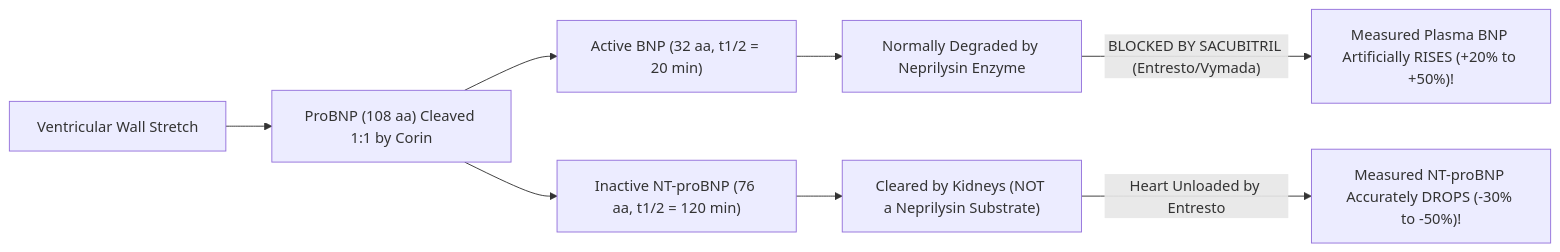
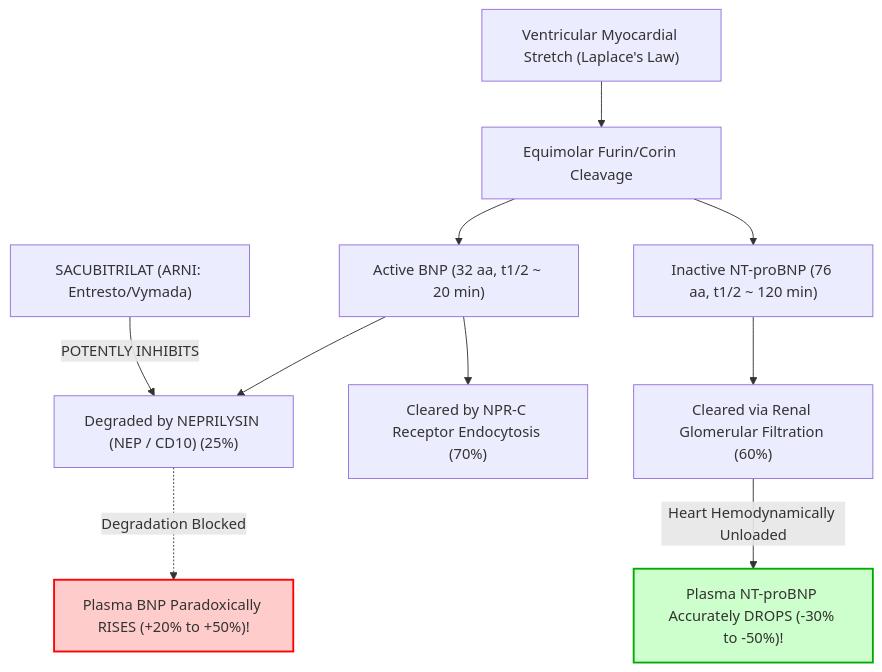
The diagram in 03_Immunoassay_Endocrinology_and_Nutrients/3.7_Acute_Cardiac_and_Sepsis_Biomarkers_CLIA_Cluster/3.7.5_B_Type_Natriuretic_Peptide_BNP_CLIA_and_ARNI_Entresto_Interpretation.md (sawariyadiagnostic/references-and-interpretations), drawn with Mermaid before and after one commit. The commit also changed other lines of this file and 4 other files, not shown here.

````diff
--- a/03_Immunoassay_Endocrinology_and_Nutrients/3.7_Acute_Cardiac_and_Sepsis_Biomarkers_CLIA_Cluster/3.7.5_B_Type_Natriuretic_Peptide_BNP_CLIA_and_ARNI_Entresto_Interpretation.md
+++ b/03_Immunoassay_Endocrinology_and_Nutrients/3.7_Acute_Cardiac_and_Sepsis_Biomarkers_CLIA_Cluster/3.7.5_B_Type_Natriuretic_Peptide_BNP_CLIA_and_ARNI_Entresto_Interpretation.md
@@ -120,10 +291,18 @@
 ```mermaid
-flowchart LR
-    A["Ventricular Wall Stretch"] --> B["ProBNP (108 aa) Cleaved 1:1 by Corin"]
-    B --> C["Active BNP (32 aa, t1/2 = 20 min)"]
-    B --> D["Inactive NT-proBNP (76 aa, t1/2 = 120 min)"]
-    C --> E["Normally Degraded by Neprilysin Enzyme"]
-    E -- "BLOCKED BY SACUBITRIL (Entresto/Vymada)" --> F["Measured Plasma BNP Artificially RISES (+20% to +50%)!"]
-    D --> G["Cleared by Kidneys (NOT a Neprilysin Substrate)"]
-    G -- "Heart Unloaded by Entresto" --> H["Measured NT-proBNP Accurately DROPS (-30% to -50%)!"]
+flowchart TD
+    A["Ventricular Myocardial Stretch (Laplace's Law)"] --> B["Equimolar Furin/Corin Cleavage"]
+    B --> C["Active BNP (32 aa, t1/2 ~ 20 min)"]
+    B --> D["Inactive NT-proBNP (76 aa, t1/2 ~ 120 min)"]
+    
+    C --> E["Degraded by NEPRILYSIN (NEP / CD10) (25%)"]
+    C --> F["Cleared by NPR-C Receptor Endocytosis (70%)"]
+    D --> G["Cleared via Renal Glomerular Filtration (60%)"]
+    
+    H["SACUBITRILAT (ARNI: Entresto/Vymada)"] -- "POTENTLY INHIBITS" --> E
+    
+    E -. "Degradation Blocked" .-> I["Plasma BNP Paradoxically RISES (+20% to +50%)!"]
+    G -- "Heart Hemodynamically Unloaded" --> J["Plasma NT-proBNP Accurately DROPS (-30% to -50%)!"]
+    
+    style I fill:#ffcccc,stroke:#ff0000,stroke-width:2px;
+    style J fill:#ccffcc,stroke:#00aa00,stroke-width:2px;
 ```
````
